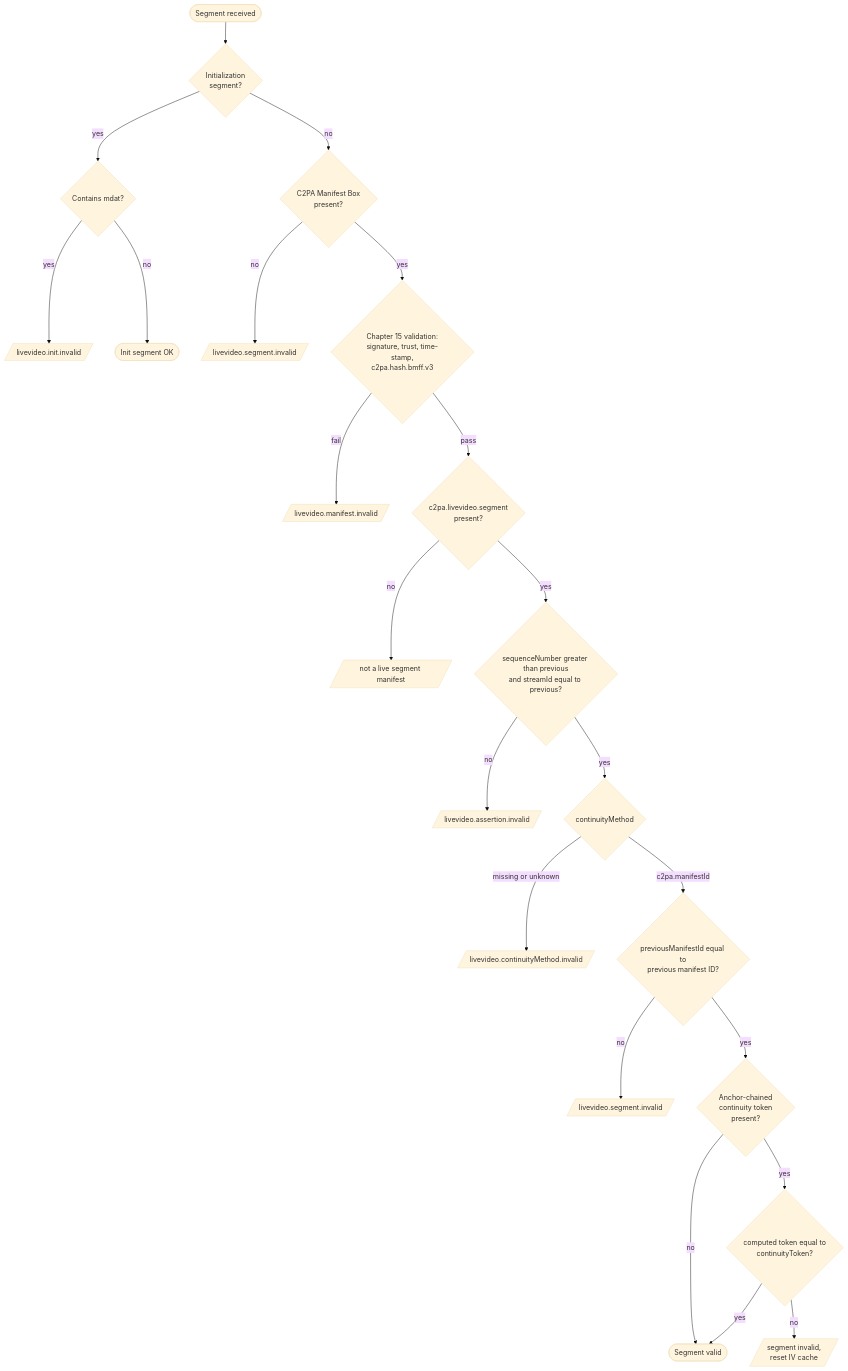
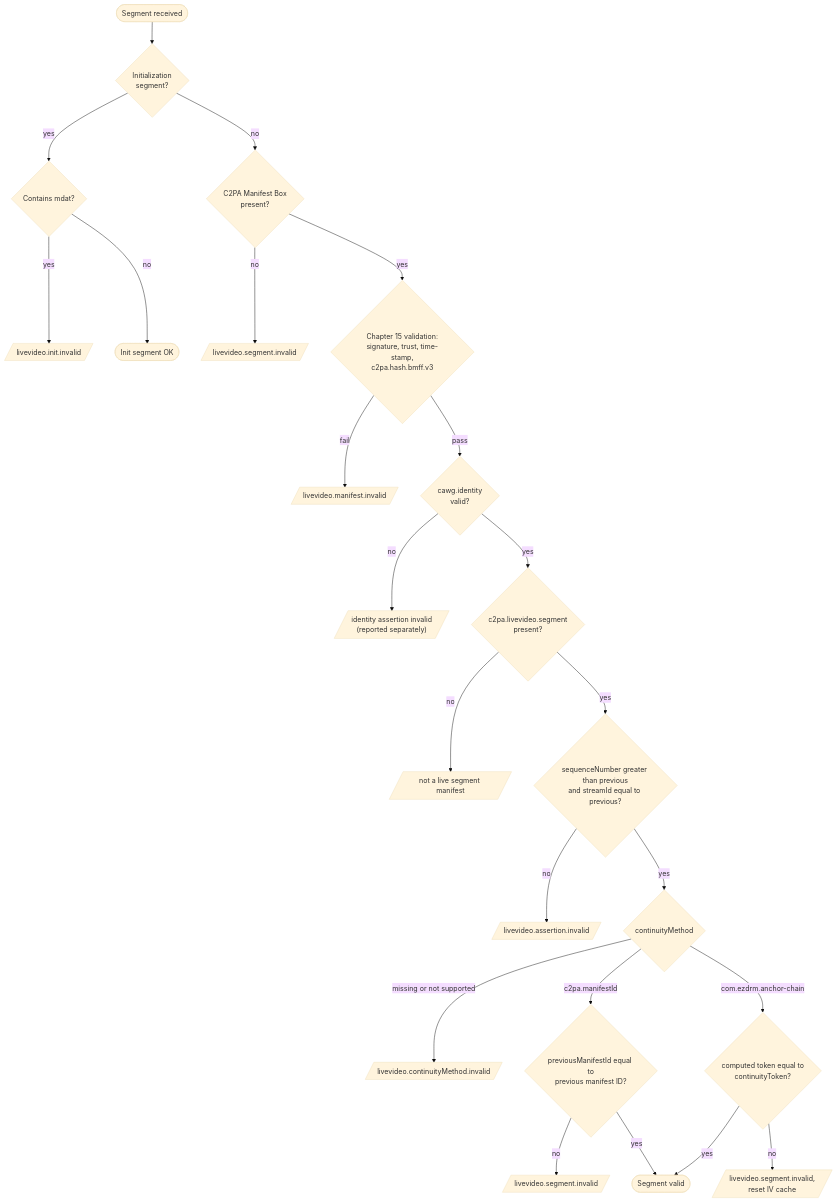
One commit to c2pa-org/public-testfiles changed the third of 5 diagrams in 2.3/Video/Per-segment-C2PA-Manifest-Box-method/C2PA-Live-Segment-Validation.md. Above: the diagram before and after it, drawn with Mermaid (base theme). The commit also changed other lines of this file and 42 other files, not shown here.

First line of the commit message:
Replace clear segment set with current-format segments including CAWG identity

````diff
--- a/2.3/Video/Per-segment-C2PA-Manifest-Box-method/C2PA-Live-Segment-Validation.md
+++ b/2.3/Video/Per-segment-C2PA-Manifest-Box-method/C2PA-Live-Segment-Validation.md
@@ -81,24 +104,25 @@
 ```mermaid
 flowchart TD
   S([Segment received]) --> I{Initialization<br/>segment?}
   I -- yes --> IM{Contains mdat?}
   IM -- yes --> F1[/"livevideo.init.invalid"/]
   IM -- no --> OKI([Init segment OK])
   I -- no --> B{C2PA Manifest Box<br/>present?}
   B -- no --> F2[/"livevideo.segment.invalid"/]
   B -- yes --> V{"Chapter 15 validation:<br/>signature, trust, time-stamp,<br/>c2pa.hash.bmff.v3"}
   V -- fail --> F3[/"livevideo.manifest.invalid"/]
-  V -- pass --> L{"c2pa.livevideo.segment<br/>present?"}
+  V -- pass --> CW{"cawg.identity<br/>valid?"}
+  CW -- no --> F9[/"identity assertion invalid<br/>(reported separately)"/]
+  CW -- yes --> L{"c2pa.livevideo.segment<br/>present?"}
   L -- no --> F4[/"not a live segment manifest"/]
   L -- yes --> Q{"sequenceNumber greater than previous<br/>and streamId equal to previous?"}
   Q -- no --> F5[/"livevideo.assertion.invalid"/]
   Q -- yes --> CM{continuityMethod}
-  CM -- missing or unknown --> F6[/"livevideo.continuityMethod.invalid"/]
+  CM -- missing or not supported --> F6[/"livevideo.continuityMethod.invalid"/]
   CM -- c2pa.manifestId --> P{"previousManifestId equal to<br/>previous manifest ID?"}
   P -- no --> F7[/"livevideo.segment.invalid"/]
-  P -- yes --> X{"Anchor-chained<br/>continuity token<br/>present?"}
-  X -- no --> OK([Segment valid])
-  X -- yes --> K{"computed token equal to<br/>continuityToken?"}
+  P -- yes --> OK([Segment valid])
+  CM -- com.ezdrm.anchor-chain --> K{"computed token equal to<br/>continuityToken?"}
   K -- yes --> OK
-  K -- no --> F8[/"segment invalid,<br/>reset IV cache"/]
+  K -- no --> F8[/"livevideo.segment.invalid,<br/>reset IV cache"/]
 ```
````
